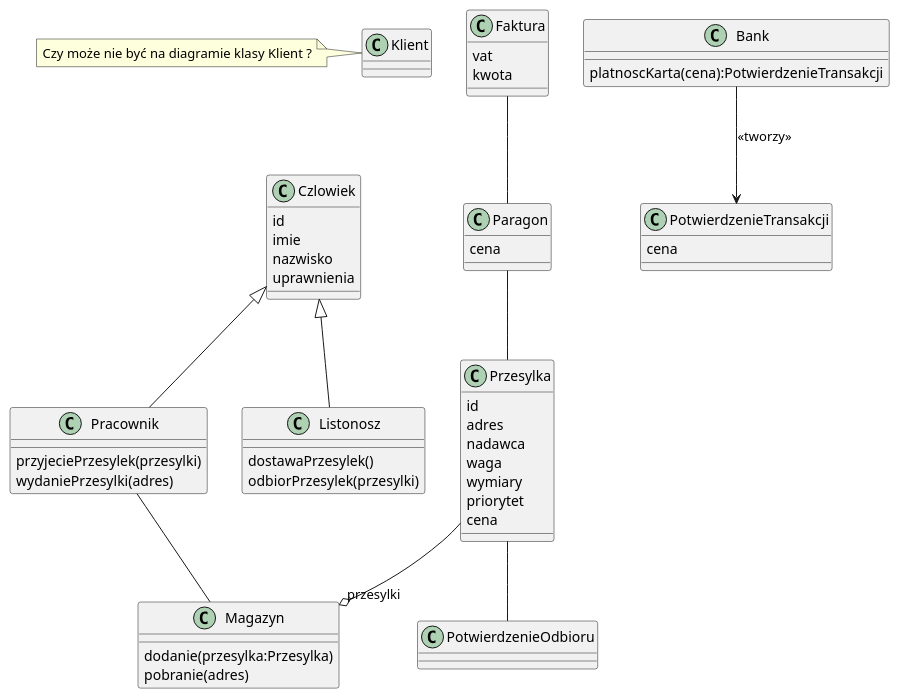
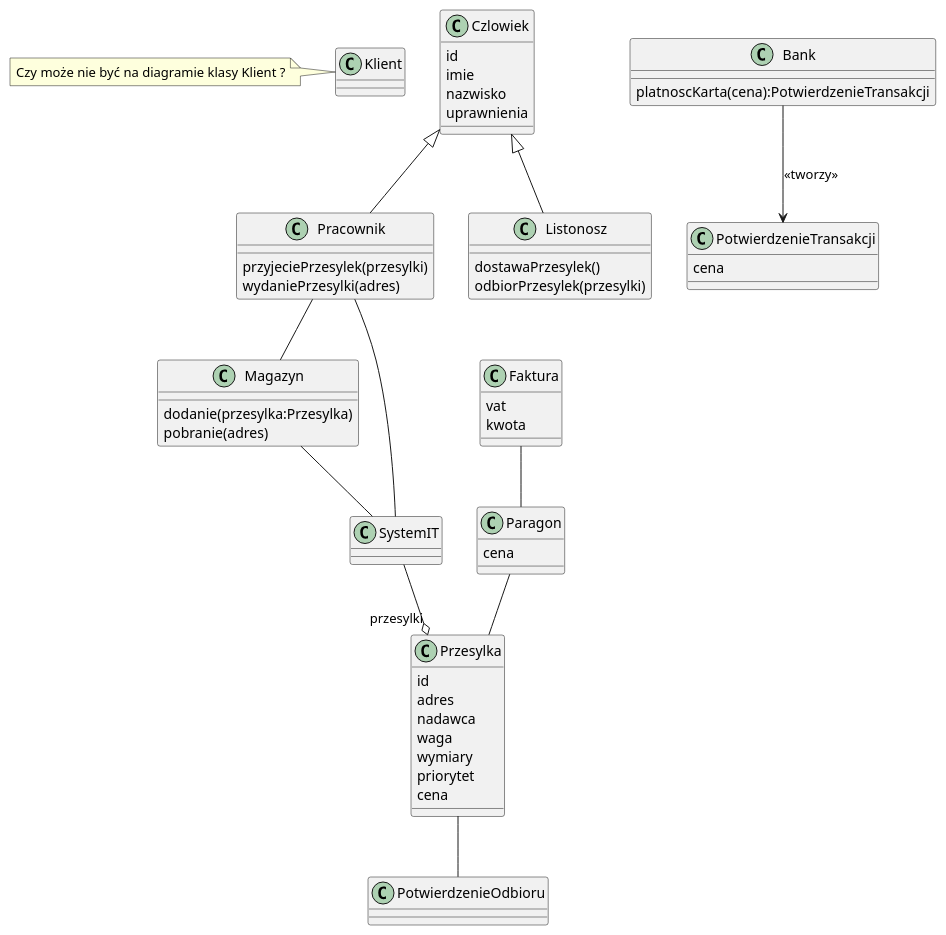
One commit to kpodlaski/ProjektowanieObiektowe_2024-24 changed the diagram in zaoczne/g1/poczta_diagr_klas.plantuml. Above: the diagram before and after it, drawn with PlantUML. The commit also changed 1 other file, not shown here.

```diff
--- a/zaoczne/g1/poczta_diagr_klas.plantuml
+++ b/zaoczne/g1/poczta_diagr_klas.plantuml
@@ -1,60 +1,66 @@
 @startuml
 
 class Klient{}
  
 note left of Klient 
 Czy może nie być na diagramie klasy Klient ?
 end note
 class Czlowiek{
     id
     imie
     nazwisko
     uprawnienia
 }
 class Pracownik{
     przyjeciePrzesylek(przesylki)
     wydaniePrzesylki(adres)
 }
 class Listonosz{
     dostawaPrzesylek()
     odbiorPrzesylek(przesylki)
 }
 class Bank{
     platnoscKarta(cena):PotwierdzenieTransakcji
 }
 class Przesylka{
     id
     adres 
     nadawca
     waga
     wymiary
     priorytet
     cena
 }
 class Paragon{
     cena
 }
 class PotwierdzenieOdbioru{}
 class PotwierdzenieTransakcji{
     cena
 }
 class Faktura{
     vat
     kwota
 }
 class Magazyn{
     'Przesylki[]
     dodanie(przesylka:Przesylka)
     pobranie(adres)
 }
 
+class SystemIT{
+
+}
+
 Czlowiek <|-- Pracownik
 Czlowiek <|-- Listonosz
 
-Przesylka --o "przesylki" Magazyn  
+SystemIT --o "przesylki" Przesylka  
 Przesylka -- PotwierdzenieOdbioru
 Paragon -- Przesylka
 Faktura -- Paragon
 Bank --> PotwierdzenieTransakcji : <<tworzy>>
 Pracownik -- Magazyn
+Pracownik -- SystemIT
+Magazyn -- SystemIT
 @enduml
```
